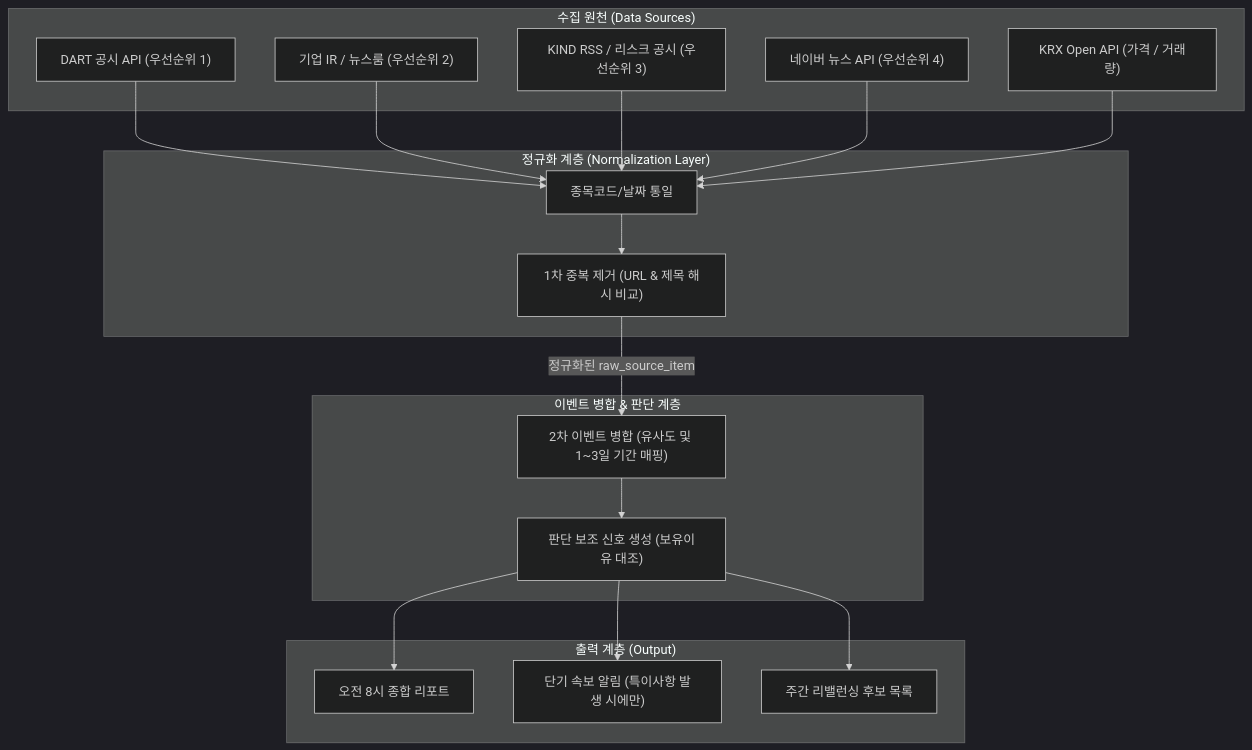
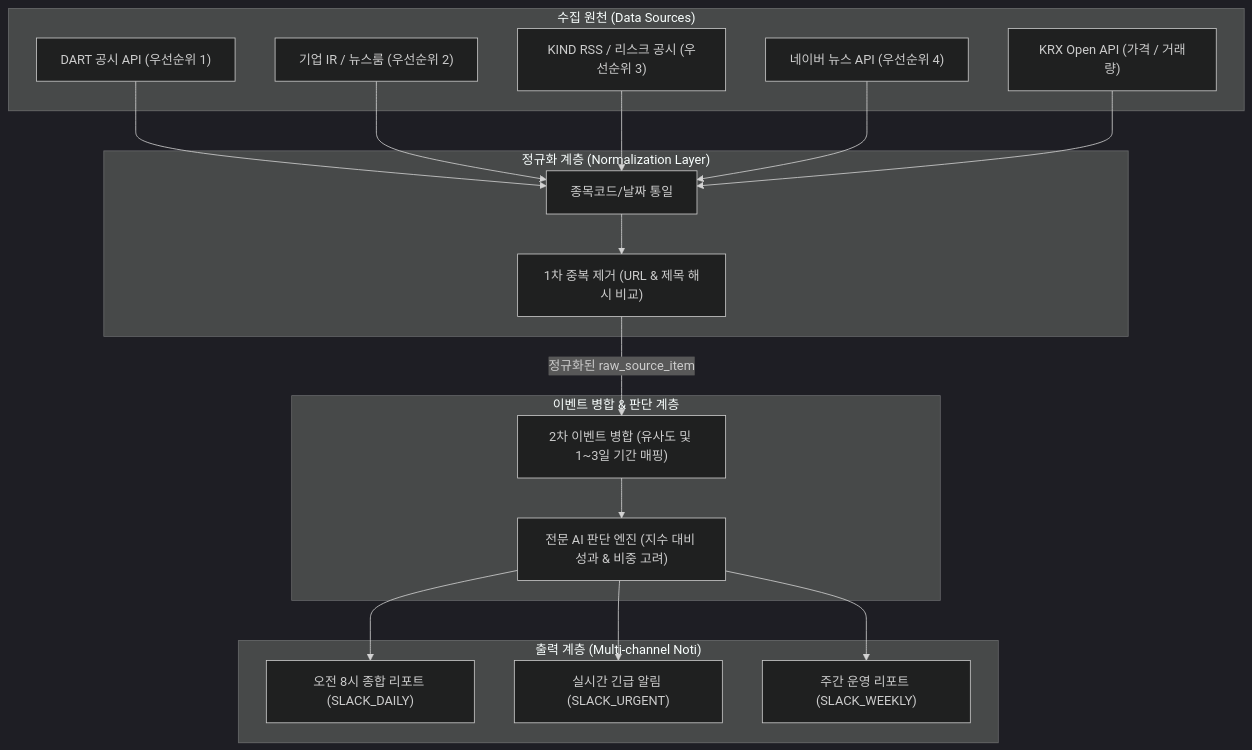
The first of 3 diagrams in docs/workflow.md (YOUNGDAE-PARK/stock-noti), drawn with Mermaid (dark theme) before and after one commit. The commit also changed other lines of this file and 38 other files, not shown here.

Commit message:
Feat: implement professional AI judgment, multi-channel noti, portfolio delta tracking, and history page

````diff
--- a/docs/workflow.md
+++ b/docs/workflow.md
@@ -9,44 +9,44 @@
 ```mermaid
 graph TD
     %% 데이터 수집 소스
     subgraph Sources ["수집 원천 (Data Sources)"]
         DART["DART 공시 API (우선순위 1)"]
         IR["기업 IR / 뉴스룸 (우선순위 2)"]
         KIND["KIND RSS / 리스크 공시 (우선순위 3)"]
         NEWS["네이버 뉴스 API (우선순위 4)"]
         KRX["KRX Open API (가격 / 거래량)"]
     end
 
     %% 수집 및 정규화 계층
     subgraph Normalize ["정규화 계층 (Normalization Layer)"]
         Mapper["종목코드/날짜 통일"]
         Deduplicator1["1차 중복 제거 (URL & 제목 해시 비교)"]
         Mapper --> Deduplicator1
     end
 
     %% 이벤트 병합 및 분석
     subgraph Consolidation ["이벤트 병합 & 판단 계층"]
         Deduplicator2["2차 이벤트 병합 (유사도 및 1~3일 기간 매핑)"]
-        SignalGen["판단 보조 신호 생성 (보유이유 대조)"]
+        SignalGen["전문 AI 판단 엔진 (지수 대비 성과 & 비중 고려)"]
         Deduplicator2 --> SignalGen
     end
 
     %% 리포트 및 대시보드 출력
-    subgraph Output ["출력 계층 (Output)"]
-        DailyReport["오전 8시 종합 리포트"]
-        ShortTermNoti["단기 속보 알림 (특이사항 발생 시에만)"]
-        WeeklyRebalance["주간 리밸런싱 후보 목록"]
+    subgraph Output ["출력 계층 (Multi-channel Noti)"]
+        DailyReport["오전 8시 종합 리포트 (SLACK_DAILY)"]
+        ShortTermNoti["실시간 긴급 알림 (SLACK_URGENT)"]
+        WeeklyRebalance["주간 운영 리포트 (SLACK_WEEKLY)"]
     end
 
     %% 연결 관계
     DART --> Mapper
     IR --> Mapper
     KIND --> Mapper
     NEWS --> Mapper
     KRX --> Mapper
 
     Deduplicator1 -->|"정규화된 raw_source_item"| Deduplicator2
     SignalGen --> DailyReport
     SignalGen --> ShortTermNoti
     SignalGen --> WeeklyRebalance
 ```
````
